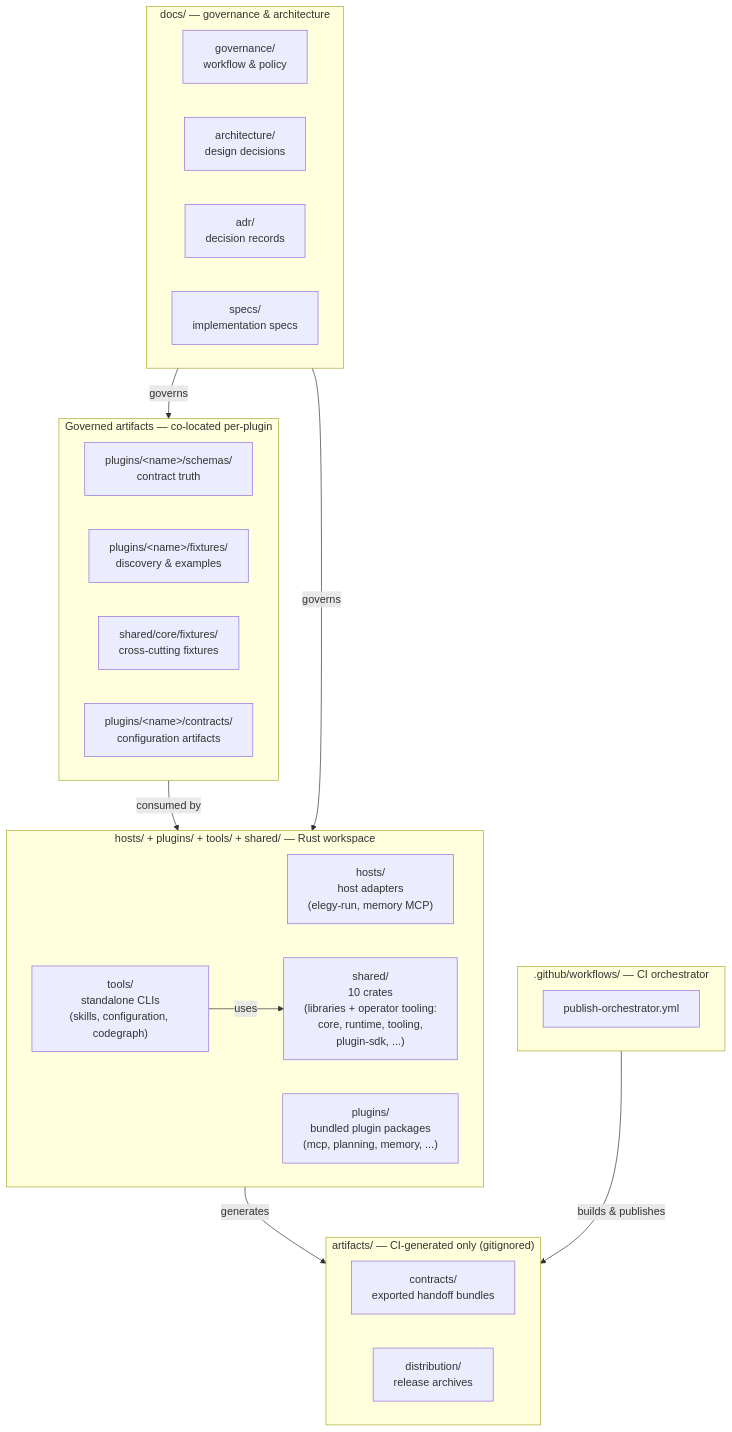
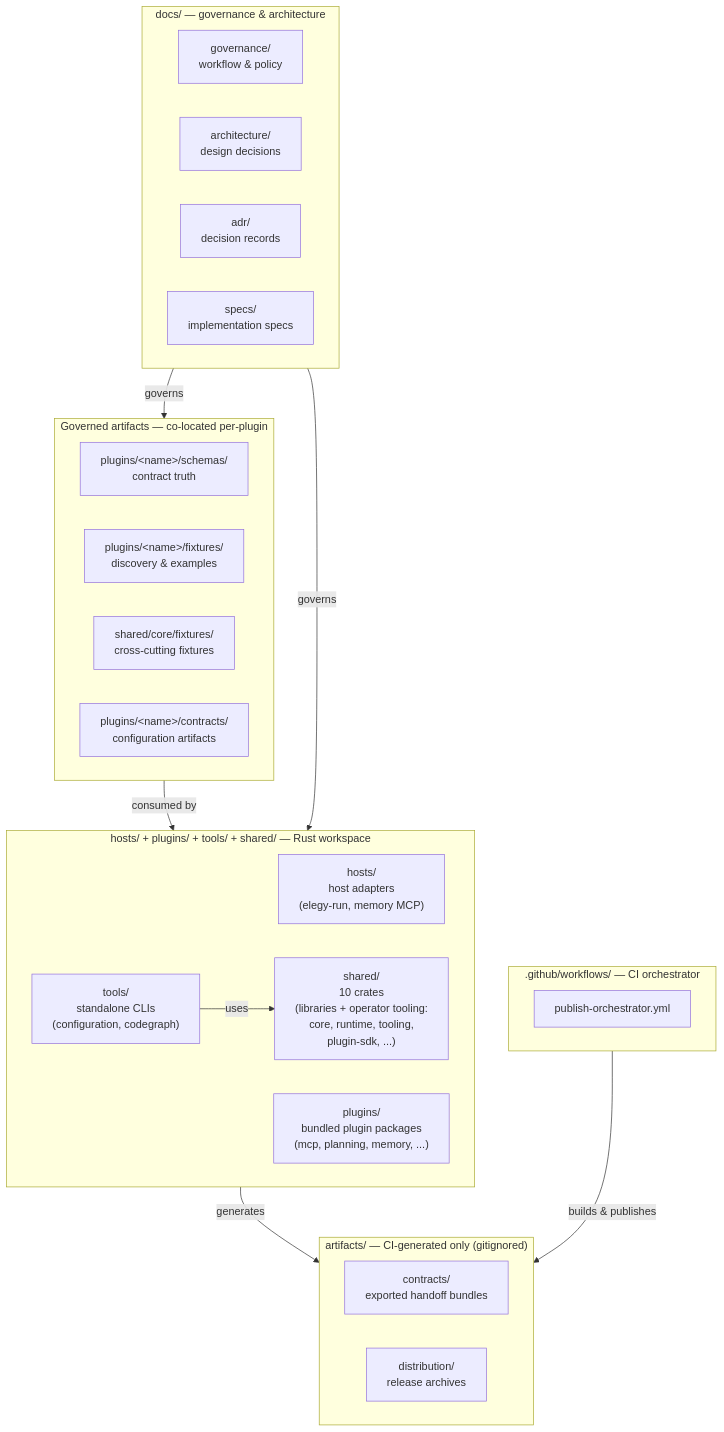
The first of 3 diagrams in docs/architecture/ecosystem-topology.md (Sofreshx/Elegy), drawn with Mermaid before and after one commit. The commit also changed other lines of this file and 65 other files, not shown here.

````diff
--- a/docs/architecture/ecosystem-topology.md
+++ b/docs/architecture/ecosystem-topology.md
@@ -40,39 +40,39 @@
 ```mermaid
 flowchart TD
     subgraph governed["Governed artifacts — co-located per-plugin"]
         schemas["plugins/&lt;name&gt;/schemas/\ncontract truth"]
         fixtures_plugin["plugins/&lt;name&gt;/fixtures/\ndiscovery & examples"]
         crosscuts["shared/core/fixtures/\ncross-cutting fixtures"]
         config["plugins/&lt;name&gt;/contracts/\nconfiguration artifacts"]
     end
 
     subgraph exec["hosts/ + plugins/ + tools/ + shared/ — Rust workspace"]
         hosts["hosts/\nhost adapters\n(elegy-run, memory MCP)"]
         plugins["plugins/\nbundled plugin packages\n(mcp, planning, memory, ...)"]
-        tools["tools/\nstandalone CLIs\n(skills, configuration, codegraph)"]
+        tools["tools/\nstandalone CLIs\n(configuration, codegraph)"]
         shared["shared/\n10 crates\n(libraries + operator tooling:\ncore, runtime, tooling,\nplugin-sdk, ...)"]
     end
 
     subgraph docs["docs/ — governance & architecture"]
         governance["governance/\nworkflow & policy"]
         architecture["architecture/\ndesign decisions"]
         adr["adr/\ndecision records"]
         specs["specs/\nimplementation specs"]
     end
 
     subgraph derived["artifacts/ — CI-generated only (gitignored)"]
         bundles["contracts/\nexported handoff bundles"]
         dist["distribution/\nrelease archives"]
     end
 
     subgraph ci[".github/workflows/ — CI orchestrator"]
         orchestrator["publish-orchestrator.yml"]
     end
 
     governed -->|"consumed by"| exec
     tools -->|"uses"| shared
     exec -->|"generates"| derived
     docs -->|"governs"| governed
     docs -->|"governs"| exec
     ci -->|"builds & publishes"| derived
 ```
````
